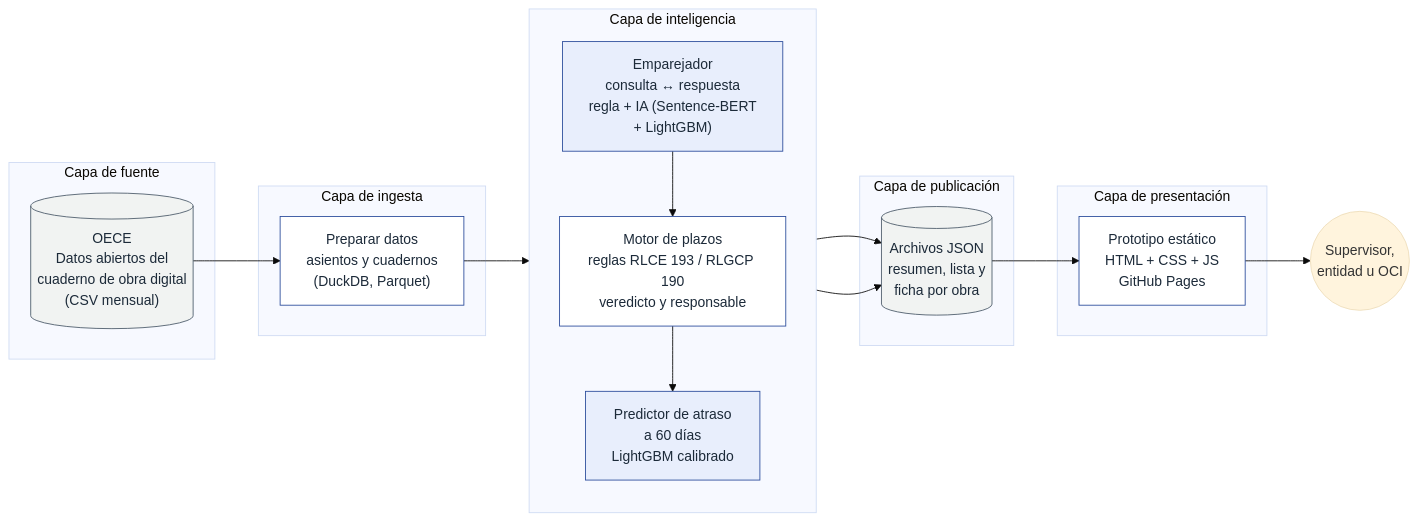
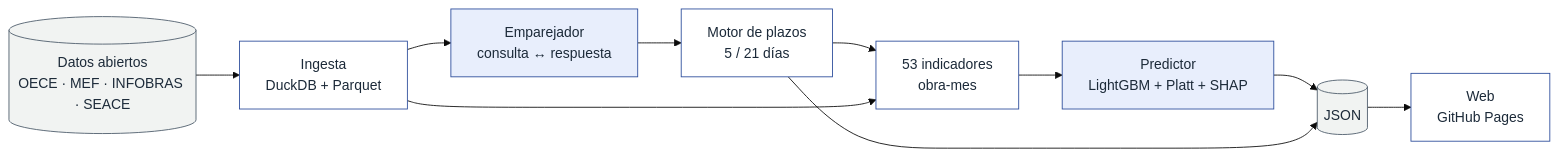
The diagram in diagramas/d03b_arquitectura_horizontal.mmd (OwerLopez/caja-negra-obras), drawn with Mermaid (base theme) before and after one commit. The commit also changed 37 other files, not shown here.

```diff
--- a/diagramas/d03b_arquitectura_horizontal.mmd
+++ b/diagramas/d03b_arquitectura_horizontal.mmd
@@ -1,30 +1,16 @@
 flowchart LR
-  subgraph F["Capa de fuente"]
-    oece[("OECE<br/>Datos abiertos del<br/>cuaderno de obra digital<br/>(CSV mensual)")]
-  end
-  subgraph I["Capa de ingesta"]
-    p1["Preparar datos<br/>asientos y cuadernos<br/>(DuckDB, Parquet)"]
-  end
-  subgraph N["Capa de inteligencia"]
-    direction TB
-    em["Emparejador<br/>consulta ↔ respuesta<br/>regla + IA (Sentence-BERT<br/>+ LightGBM)"]
-    mp["Motor de plazos<br/>reglas RLCE 193 / RLGCP 190<br/>veredicto y responsable"]
-    pr["Predictor de atraso<br/>a 60 días<br/>LightGBM calibrado"]
-    em --> mp --> pr
-  end
-  subgraph S["Capa de publicación"]
-    js[("Archivos JSON<br/>resumen, lista y<br/>ficha por obra")]
-  end
-  subgraph W["Capa de presentación"]
-    ui["Prototipo estático<br/>HTML + CSS + JS<br/>GitHub Pages"]
-  end
-  u(("Supervisor,<br/>entidad u OCI"))
-  oece --> p1 --> em
-  pr --> js --> ui --> u
-  mp --> js
+  a[("Datos abiertos<br/>OECE · MEF · INFOBRAS · SEACE")] --> b["Ingesta<br/>DuckDB + Parquet"]
+  b --> c["Emparejador<br/>consulta ↔ respuesta"]
+  c --> d["Motor de plazos<br/>5 / 21 días"]
+  d --> e["53 indicadores<br/>obra-mes"]
+  b --> e
+  e --> f["Predictor<br/>LightGBM + Platt + SHAP"]
+  f --> g[("JSON")]
+  d --> g
+  g --> h["Web<br/>GitHub Pages"]
   classDef caja fill:#ffffff,stroke:#2b4c9b,color:#1c2a39
   classDef ia fill:#e8eefc,stroke:#2b4c9b,color:#1c2a39
   classDef dato fill:#f1f3f2,stroke:#4b5a6a,color:#1c2a39
-  class p1,ui,mp caja
-  class em,pr ia
-  class oece,js dato
+  class b,d,e,h caja
+  class c,f ia
+  class a,g dato
```
